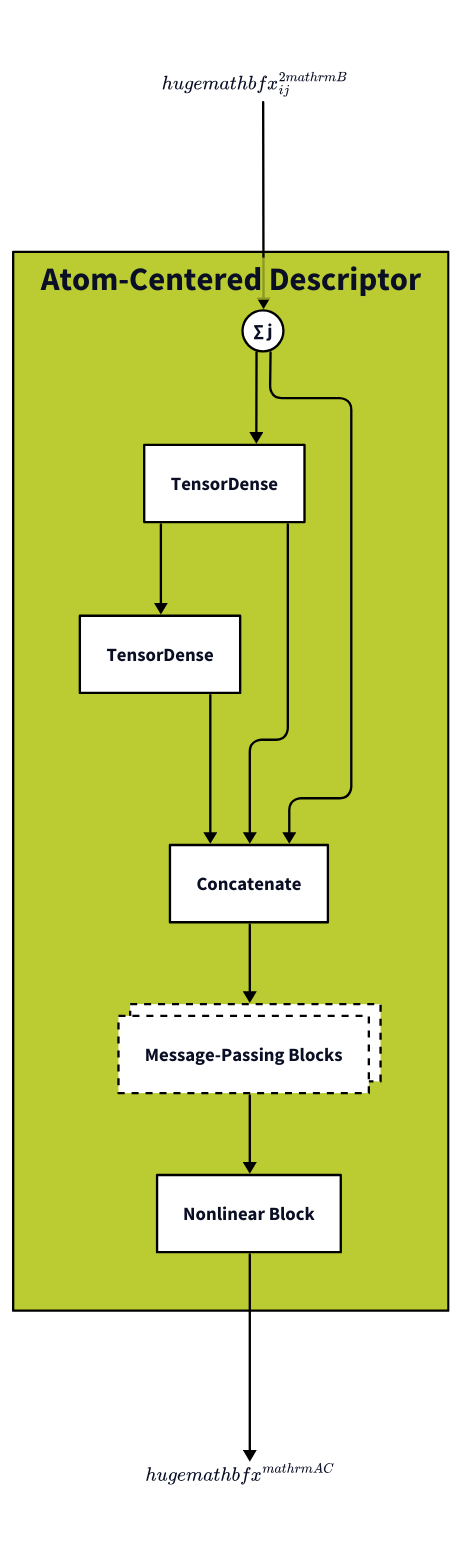
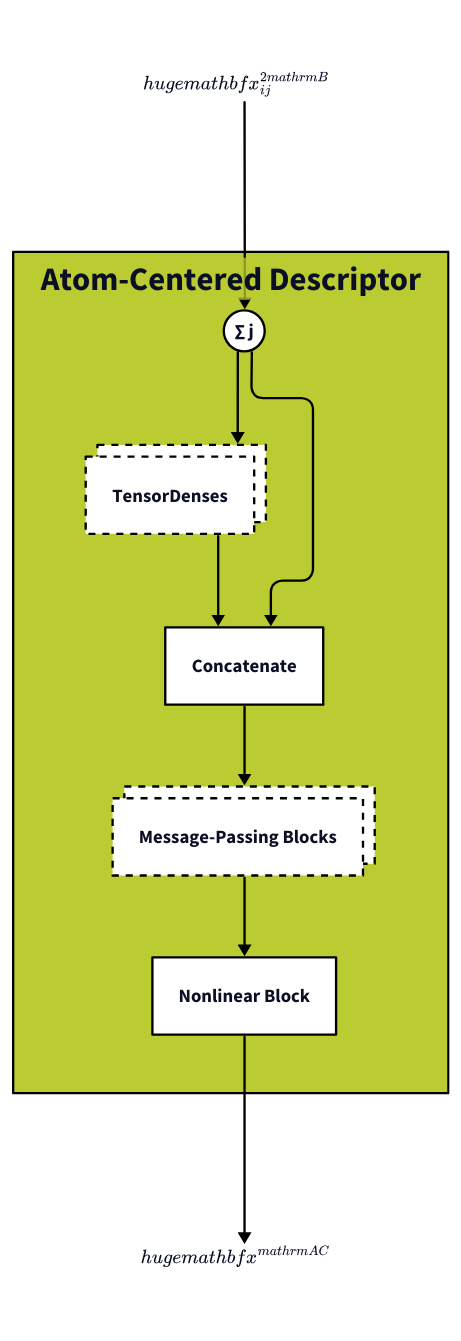
The diagram in architecture_figures/2a_ac.d2 (SamsungDS/gears_h), drawn with D2 before and after one commit.

Commit message:
Update AtomCentered architecture diagram.

```diff
--- a/architecture_figures/2a_ac.d2
+++ b/architecture_figures/2a_ac.d2
@@ -1,125 +1,122 @@
 # direction: right
  
 vars: {
     d2-config: {
       layout-engine: elk
       pad: 10
     #   theme-id: 101
     }
 }
 
 f: {label: ""
     equation: |latex
         \huge{\mathbf{x}^{2\mathrm{B}}_{ij}}
     |
     class: empty
     label.near: outside-bottom-center
 }
 acf: {
     label: ""
     class: empty
     equation: |latex
         \huge{\mathbf{x}^{\mathrm{AC}}}
     |
 }
 
 ac: Atom-Centered Descriptor {
     class: ac
     _.f.equation -> sum_j: {style: {stroke: "#000000"; font-color: black}}
     sum_j: ∑ j {class: operator}
-    sum_j -> 3b: {style: {stroke: "#000000"; font-color: black}}
-    3b: TensorDense {class: in_module}
-    5b: TensorDense {class: in_module}
-    3b -> 5b: {style: {stroke: "#000000"; font-color: black}}
+    sum_j -> ntd: {style: {stroke: "#000000"; font-color: black}}
+    ntd: TensorDenses {class: in_module; style: {stroke-dash: 3; multiple: true}}
     c: Concatenate  {class: in_module}
     sum_j  -> c: {style: {stroke: "#000000"; font-color: black}}
-    3b -> c: {style: {stroke: "#000000"; font-color: black}}
-    5b -> c: {style: {stroke: "#000000"; font-color: black}}
+    ntd -> c: {style: {stroke: "#000000"; font-color: black}}
 
     c -> mp_block: {style: {stroke: "#000000"; font-color: black}}
 
     mp_block:  Message-Passing Blocks {
         class: in_module
         style: {stroke-dash: 3; multiple: true}
     }
     
     nl_block: Nonlinear Block {
         class: in_module
     }
     mp_block -> nl_block: {style: {stroke: "#000000"; font-color: black}}
 }
 
 ac.nl_block -> acf.equation: {style: {stroke: "#000000"; font-color: black}}
 
 classes: {
     operator: {shape: circle
                width: 35
                height: 35
                style: {fill: "#FFFFFF"
                        stroke: "#000000"
                       }
     }
     empty: {
             # label: ""
             width: 50
             height: 50
             style: {
                 fill: transparent
                 stroke: transparent
                 font-size: 24
             }
     }
     sarb: {
         style: {
             fill: "#44BB99"
             stroke: "#000000"
         }
     }
     in_module: {
         style: {
             fill: "#FFFFFF"
             stroke: "#000000"
         }
     }
     ac: {
         style: {
             fill: "#BBCC33"
             stroke: "#000000"
             bold: true
         }
     }
     bc: {
         style: {
             fill: "#EEDD88"
             stroke: "#000000"
         }
     }
     rd: {
         style: {
             fill: "#EE8866"
             stroke: "#000000"
         }
     }
     ro: {
         style: {
             fill: "#FFAABB"
             stroke: "#000000"
         }
     }
     outs: {
         style: {
             fill: "#DDDDDD"
             stroke: "#000000"
             multiple: true
         }
     }
     input : {
         width: 50
         height: 50
         style: {
             fill: "#99DDFF"
             stroke: "#000000"
             multiple: true
         }
     }
 }
```
